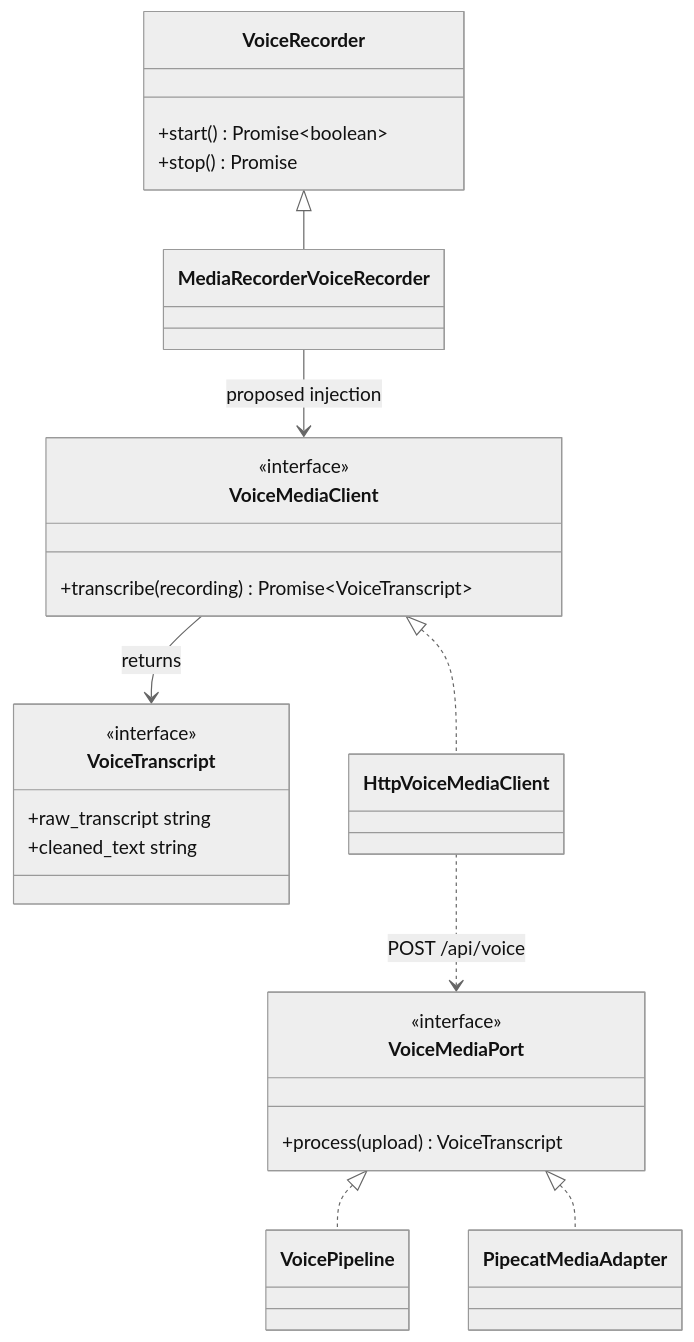
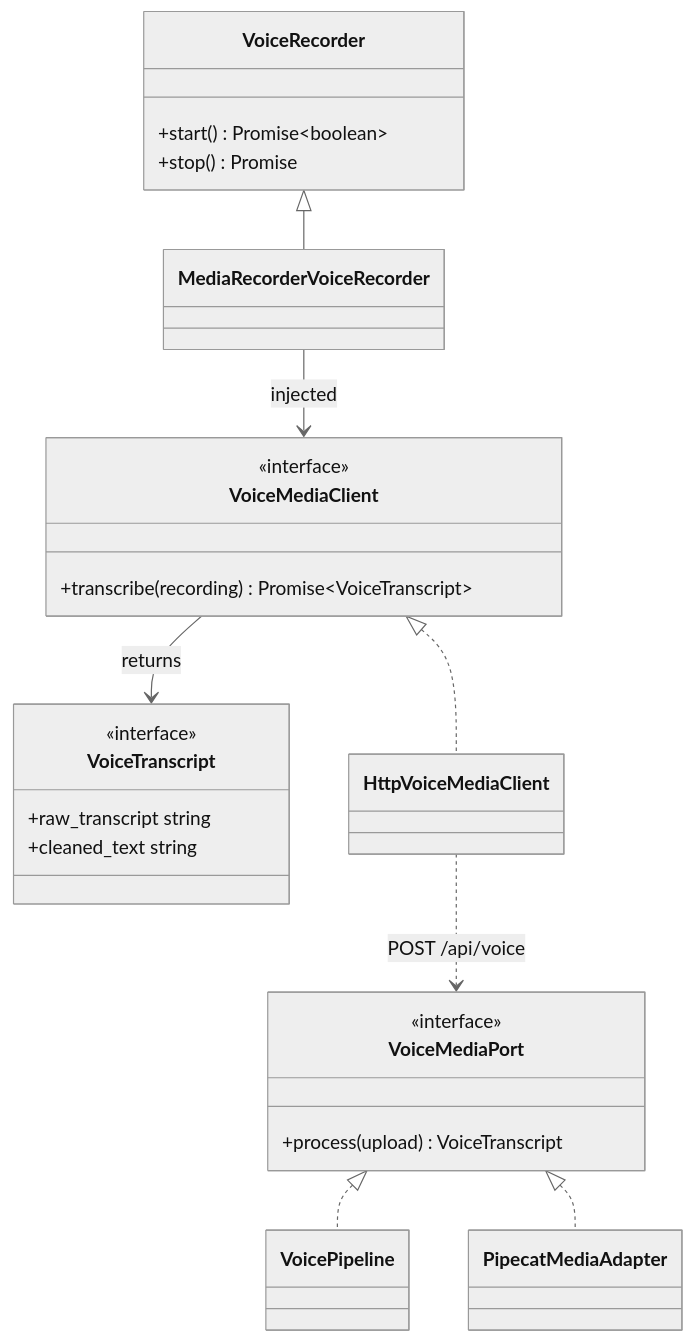
One commit to EGAdams/letta-code changed the diagram in dashboard/js/abstract/voice_media/diagrams/mermaid_class/voice-media.md. Above: the diagram before and after it, drawn with Mermaid (neutral theme). The commit also changed other lines of this file and 18 other files, not shown here.

Commit message:
feat: route voice capture through typed media client

````diff
--- a/dashboard/js/abstract/voice_media/diagrams/mermaid_class/voice-media.md
+++ b/dashboard/js/abstract/voice_media/diagrams/mermaid_class/voice-media.md
@@ -7,32 +7,32 @@
 ```mermaid
 classDiagram
   class VoiceMediaClient {
     <<interface>>
     +transcribe(recording) Promise~VoiceTranscript~
   }
   class VoiceTranscript {
     <<interface>>
     +raw_transcript string
     +cleaned_text string
   }
   class VoiceRecorder {
     +start() Promise~boolean~
     +stop() Promise
   }
   class MediaRecorderVoiceRecorder
   class HttpVoiceMediaClient
   class VoiceMediaPort {
     <<interface>>
     +process(upload) VoiceTranscript
   }
   class VoicePipeline
   class PipecatMediaAdapter
 
   VoiceRecorder <|-- MediaRecorderVoiceRecorder
   VoiceMediaClient <|.. HttpVoiceMediaClient
   VoiceMediaClient --> VoiceTranscript : returns
-  MediaRecorderVoiceRecorder --> VoiceMediaClient : proposed injection
+  MediaRecorderVoiceRecorder --> VoiceMediaClient : injected
   HttpVoiceMediaClient ..> VoiceMediaPort : POST /api/voice
   VoiceMediaPort <|.. VoicePipeline
   VoiceMediaPort <|.. PipecatMediaAdapter
 ```
````
